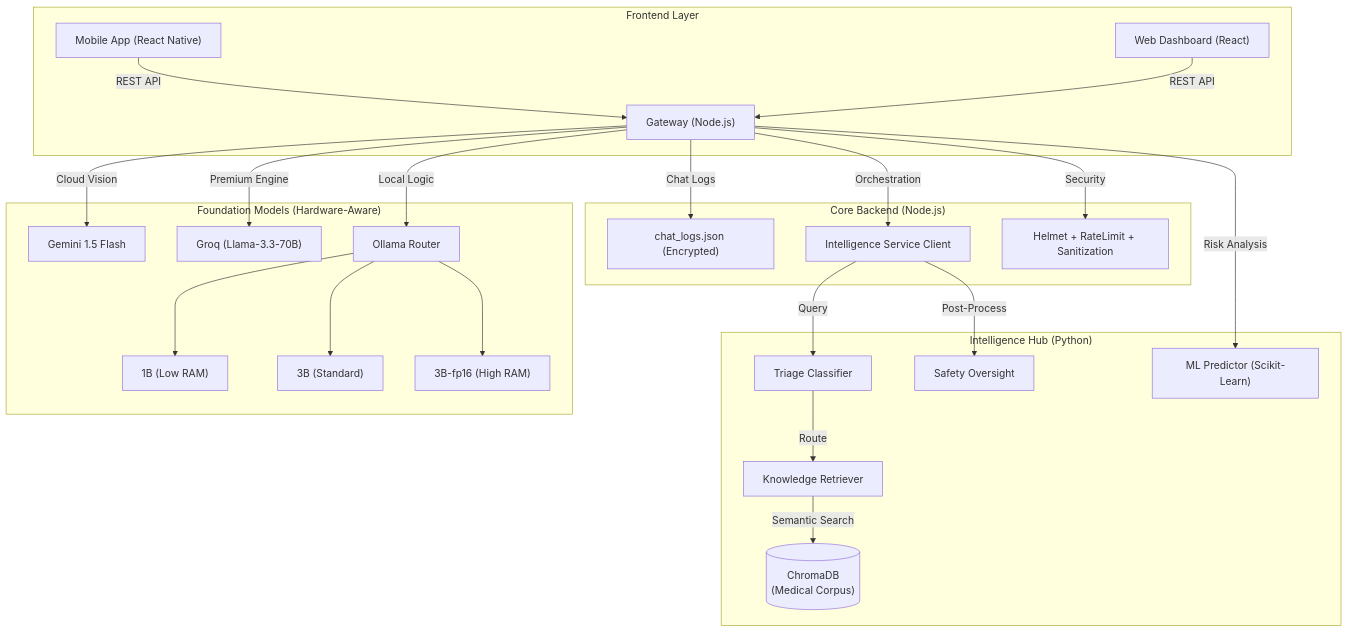
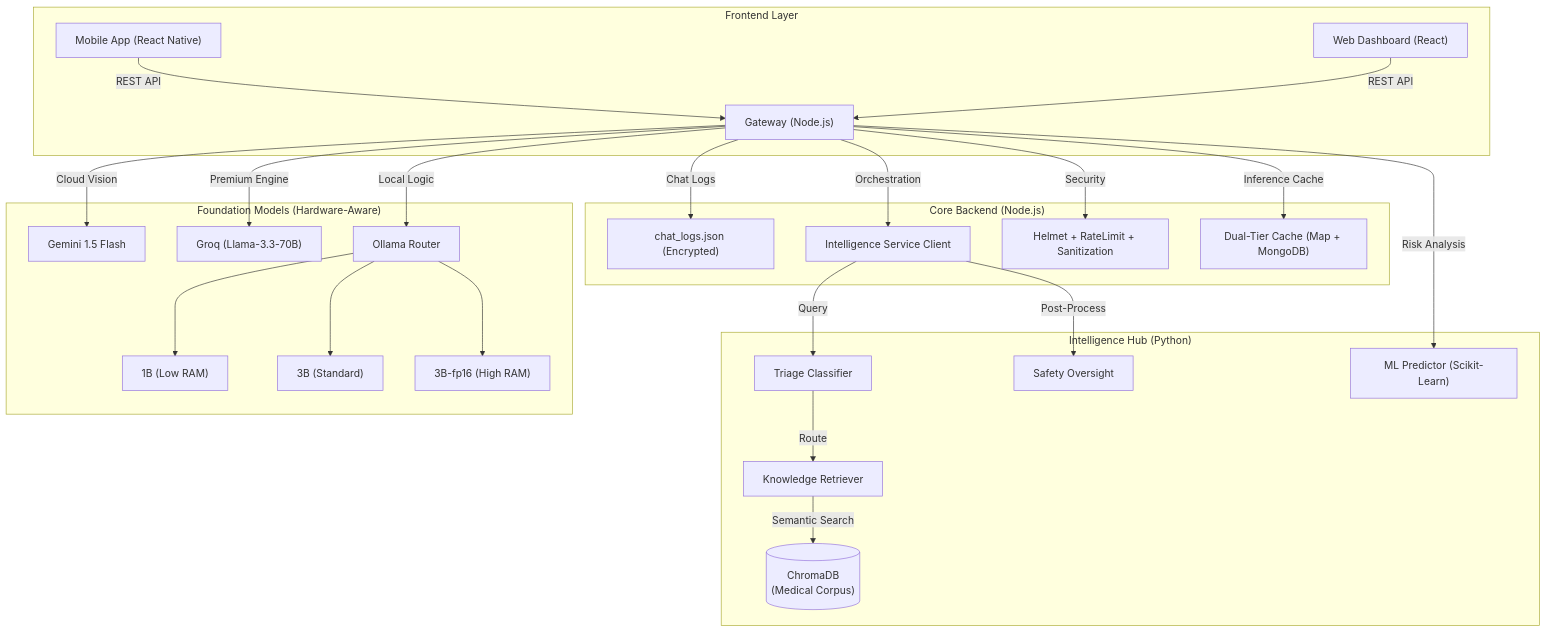
One commit to yashsrivastava1408/Aether-Clinic changed the second of 3 diagrams in README.md. Above: the diagram before and after it, drawn with Mermaid. The commit also changed other lines of this file and 53 other files, not shown here.

````diff
--- a/README.md
+++ b/README.md
@@ -63,30 +69,31 @@
 ```mermaid
 graph TD
     subgraph "Frontend Layer"
         M["Mobile App (React Native)"] -->|REST API| G["Gateway (Node.js)"]
         W["Web Dashboard (React)"] -->|REST API| G
     end
 
     subgraph "Core Backend (Node.js)"
         G -->|Chat Logs| F["chat_logs.json (Encrypted)"]
         G -->|Orchestration| S["Intelligence Service Client"]
         G -->|Security| X["Helmet + RateLimit + Sanitization"]
+        G -->|Inference Cache| C["Dual-Tier Cache (Map + MongoDB)"]
     end
 
     subgraph "Intelligence Hub (Python)"
         S -->|Query| TC["Triage Classifier"]
         TC -->|Route| KR["Knowledge Retriever"]
         KR -->|Semantic Search| CDB[("ChromaDB\n(Medical Corpus)")]
         S -->|Post-Process| SO["Safety Oversight"]
         G -->|Risk Analysis| ML["ML Predictor (Scikit-Learn)"]
     end
 
     subgraph "Foundation Models (Hardware-Aware)"
         G -->|Cloud Vision| V["Gemini 1.5 Flash"]
         G -->|Premium Engine| GR["Groq (Llama-3.3-70B)"]
         G -->|Local Logic| L["Ollama Router"]
         L --> Q1["1B (Low RAM)"]
         L --> Q2["3B (Standard)"]
         L --> Q3["3B-fp16 (High RAM)"]
     end
 ```
````
